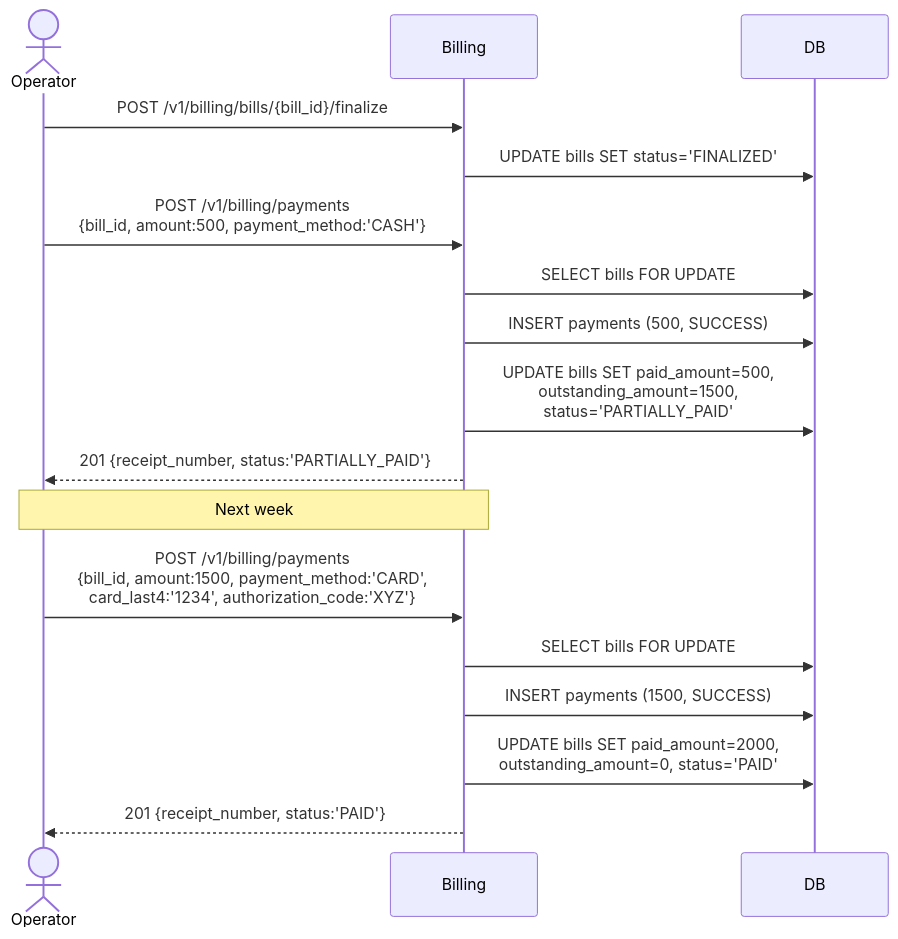
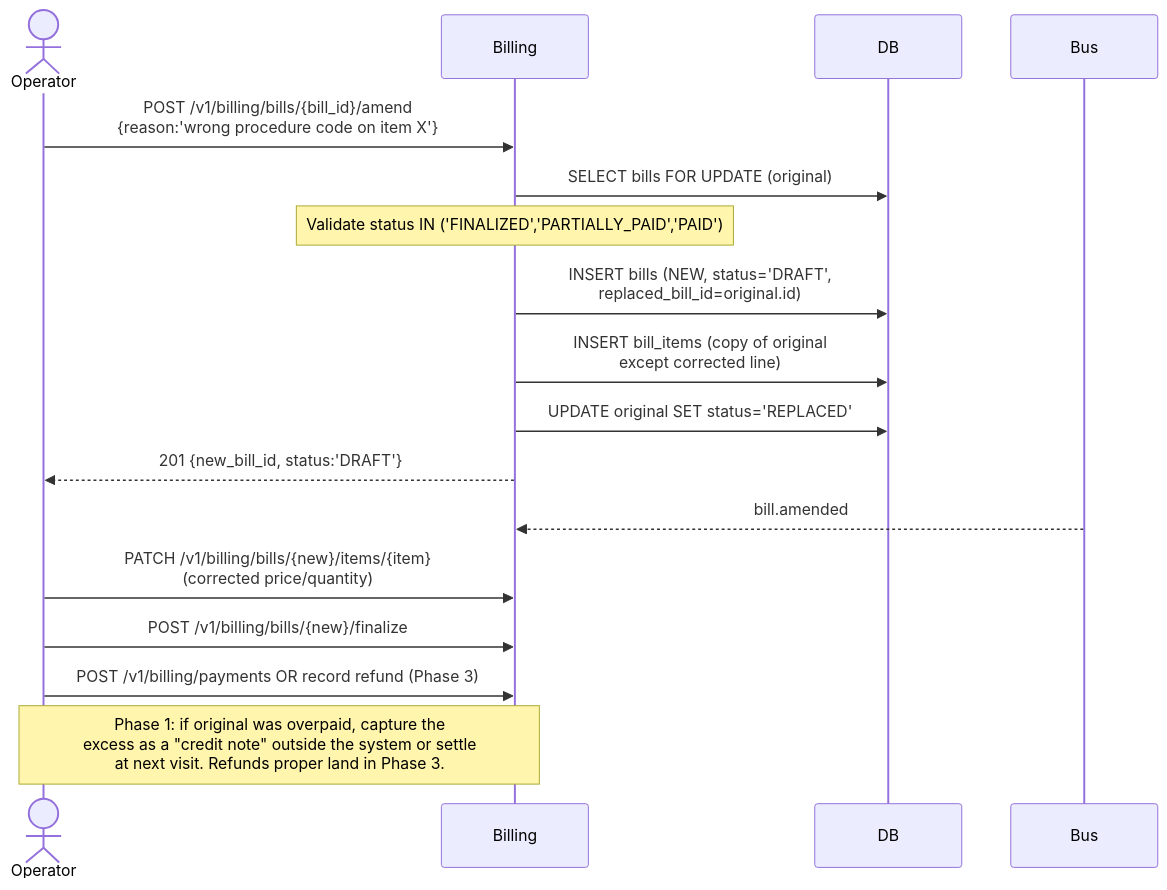
Before and after one commit to IQ-Line/HospitalSaarthi: the fifth of 7 diagrams in docs/architecture/lld/billing/02-scenarios.md, drawn with Mermaid. The commit also changed other lines of this file and 11 other files, not shown here.

````diff
--- a/docs/architecture/lld/billing/02-scenarios.md
+++ b/docs/architecture/lld/billing/02-scenarios.md
@@ -242,22 +198,21 @@
 ```mermaid
 sequenceDiagram
     actor Operator
     participant Billing
     participant DB
+    participant Bus
 
-    Operator->>Billing: POST /v1/billing/bills/{bill_id}/finalize
-    Billing->>DB: UPDATE bills SET status='FINALIZED'
+    Operator->>Billing: POST /v1/billing/bills/{bill_id}/amend<br/>{reason:'wrong procedure code on item X'}
+    Billing->>DB: SELECT bills FOR UPDATE (original)
+    Note over Billing: Validate status IN ('FINALIZED','PARTIALLY_PAID','PAID')
+    Billing->>DB: INSERT bills (NEW, status='DRAFT',<br/>replaced_bill_id=original.id)
+    Billing->>DB: INSERT bill_items (copy of original<br/>except corrected line)
+    Billing->>DB: UPDATE original SET status='REPLACED'
+    Billing-->>Operator: 201 {new_bill_id, status:'DRAFT'}
+    Bus-->>Billing: bill.amended
 
-    Operator->>Billing: POST /v1/billing/payments<br/>{bill_id, amount:500, payment_method:'CASH'}
-    Billing->>DB: SELECT bills FOR UPDATE
-    Billing->>DB: INSERT payments (500, SUCCESS)
-    Billing->>DB: UPDATE bills SET paid_amount=500,<br/>outstanding_amount=1500,<br/>status='PARTIALLY_PAID'
-    Billing-->>Operator: 201 {receipt_number, status:'PARTIALLY_PAID'}
-
-    Note over Operator,Billing: Next week
-    Operator->>Billing: POST /v1/billing/payments<br/>{bill_id, amount:1500, payment_method:'CARD',<br/>card_last4:'1234', authorization_code:'XYZ'}
-    Billing->>DB: SELECT bills FOR UPDATE
-    Billing->>DB: INSERT payments (1500, SUCCESS)
-    Billing->>DB: UPDATE bills SET paid_amount=2000,<br/>outstanding_amount=0, status='PAID'
-    Billing-->>Operator: 201 {receipt_number, status:'PAID'}
+    Operator->>Billing: PATCH /v1/billing/bills/{new}/items/{item}<br/>(corrected price/quantity)
+    Operator->>Billing: POST /v1/billing/bills/{new}/finalize
+    Operator->>Billing: POST /v1/billing/payments OR record refund (Phase 3)
+    Note over Operator,Billing: Phase 1: if original was overpaid, capture the<br/>excess as a "credit note" outside the system or settle<br/>at next visit. Refunds proper land in Phase 3.
 ```
````
